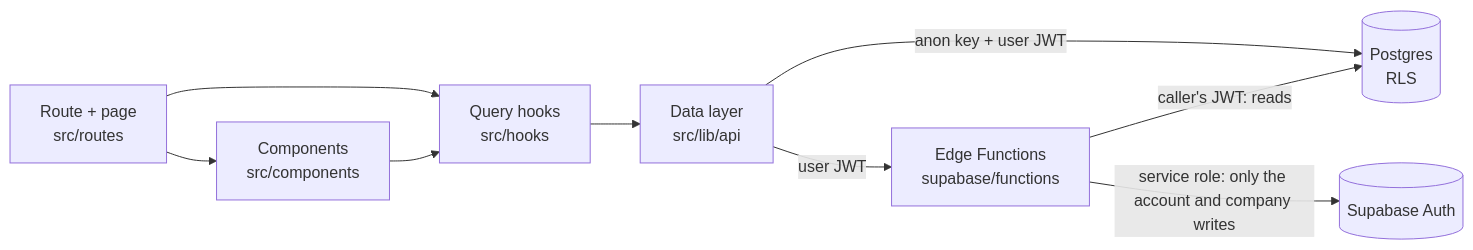
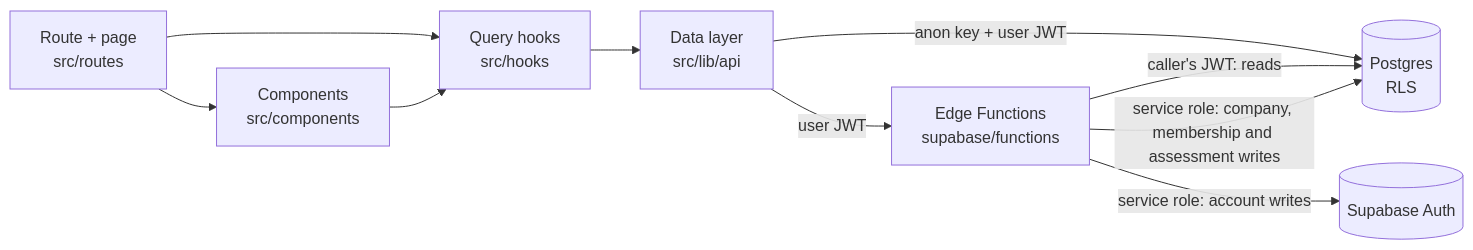
Before and after one commit to PatrikNoordh/mini-ats: the diagram in README.md, drawn with Mermaid. The commit also changed other lines of this file, not shown here.

Commit message:
(Opus 5.5) docs [ATS-65] name the company writes in the README's architecture
The diagram showed every service role write going to Auth, but the
company, membership and assessment writes go to Postgres. The Edge
Functions row now names companies too.

````diff
--- a/README.md
+++ b/README.md
@@ -127,11 +127,12 @@
 ```mermaid
 flowchart LR
     Route["Route + page<br/>src/routes"] --> Comp["Components<br/>src/components"]
     Route --> Hook["Query hooks<br/>src/hooks"]
     Comp --> Hook
     Hook --> API["Data layer<br/>src/lib/api"]
     API -- "anon key + user JWT" --> PG[(Postgres<br/>RLS)]
     API -- "user JWT" --> EF["Edge Functions<br/>supabase/functions"]
     EF -- "caller's JWT: reads" --> PG
-    EF -- "service role: only the account and company writes" --> Auth[(Supabase Auth)]
+    EF -- "service role: account writes" --> Auth[(Supabase Auth)]
+    EF -- "service role: company, membership and assessment writes" --> PG
 ```
````
